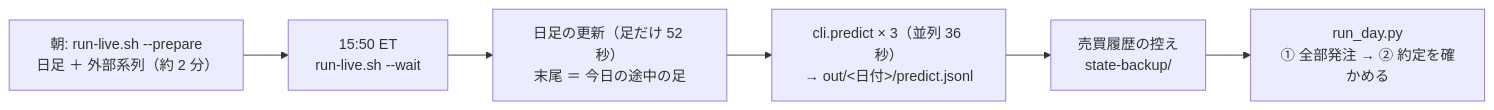
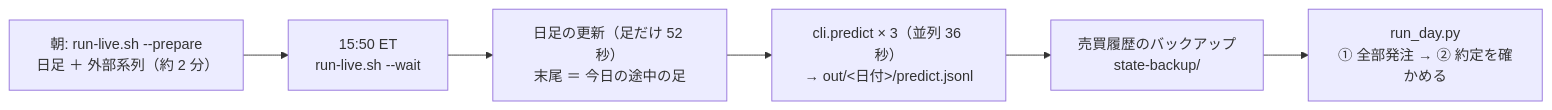
One commit to akiraak/ai-income-lab changed the eighth of 21 diagrams in docs/specs/experiments/live-trading.md. Above: the diagram before and after it, drawn with Mermaid. The commit also changed other lines of this file and 45 other files, not shown here.

````diff
--- a/docs/specs/experiments/live-trading.md
+++ b/docs/specs/experiments/live-trading.md
@@ -737,8 +737,8 @@
 ```mermaid
 flowchart LR
   P["朝: run-live.sh --prepare<br/>日足 ＋ 外部系列（約 2 分）"] --> W["15:50 ET<br/>run-live.sh --wait"]
   W --> U["日足の更新（足だけ 52 秒）<br/>末尾 ＝ 今日の途中の足"]
   U --> Q["cli.predict × 3（並列 36 秒）<br/>→ out/<日付>/predict.jsonl"]
-  Q --> K["売買履歴の控え<br/>state-backup/"]
+  Q --> K["売買履歴のバックアップ<br/>state-backup/"]
   K --> X["run_day.py<br/>① 全部発注 → ② 約定を確かめる"]
 ```
````
